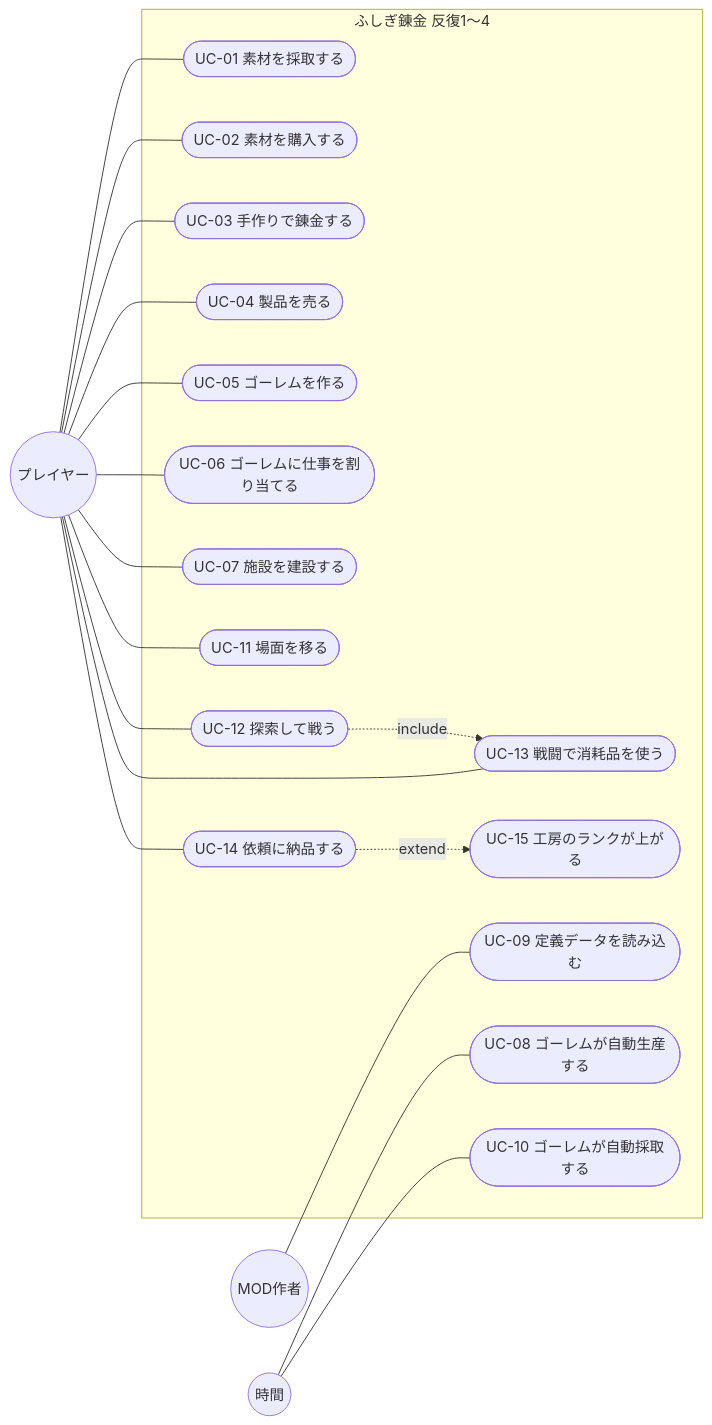
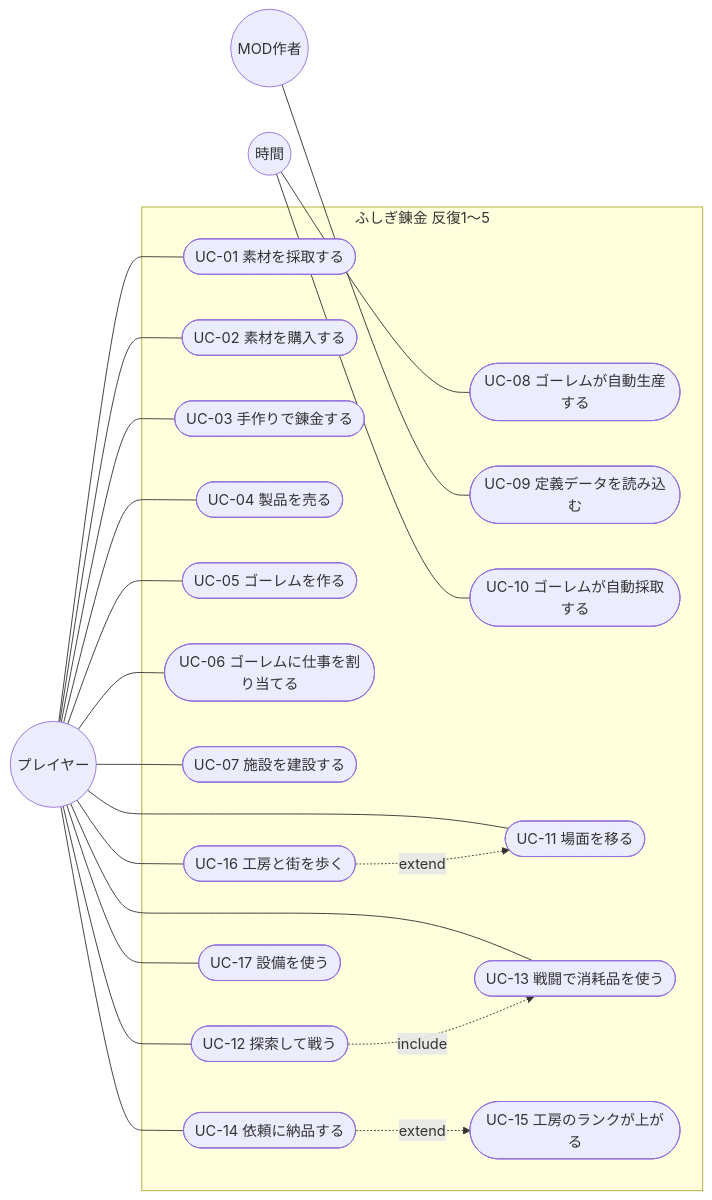
The diagram in docs/02_requirements/use-cases.md (sakana396/fushigi_renkin), drawn with Mermaid before and after one commit. The commit also changed other lines of this file and 3 other files, not shown here.

````diff
--- a/docs/02_requirements/use-cases.md
+++ b/docs/02_requirements/use-cases.md
@@ -18,39 +19,44 @@
 ```mermaid
 flowchart LR
   P((プレイヤー))
   M((MOD作者))
   T((時間))
-  subgraph ふしぎ錬金[ふしぎ錬金 反復1〜4]
+  subgraph ふしぎ錬金[ふしぎ錬金 反復1〜5]
     UC01([UC-01 素材を採取する])
     UC02([UC-02 素材を購入する])
     UC03([UC-03 手作りで錬金する])
     UC04([UC-04 製品を売る])
     UC05([UC-05 ゴーレムを作る])
     UC06([UC-06 ゴーレムに仕事を割り当てる])
     UC07([UC-07 施設を建設する])
     UC08([UC-08 ゴーレムが自動生産する])
     UC09([UC-09 定義データを読み込む])
     UC10([UC-10 ゴーレムが自動採取する])
     UC11([UC-11 場面を移る])
     UC12([UC-12 探索して戦う])
     UC13([UC-13 戦闘で消耗品を使う])
     UC14([UC-14 依頼に納品する])
     UC15([UC-15 工房のランクが上がる])
+    UC16([UC-16 工房と街を歩く])
+    UC17([UC-17 設備を使う])
   end
   P --- UC01
   P --- UC02
   P --- UC03
   P --- UC04
   P --- UC05
   P --- UC06
   P --- UC07
   T --- UC08
   T --- UC10
   P --- UC11
   P --- UC12
   P --- UC13
   P --- UC14
   UC12 -. include .-> UC13
   UC14 -. extend .-> UC15
+  P --- UC16
+  P --- UC17
+  UC16 -. extend .-> UC11
   M --- UC09
 ```
````
